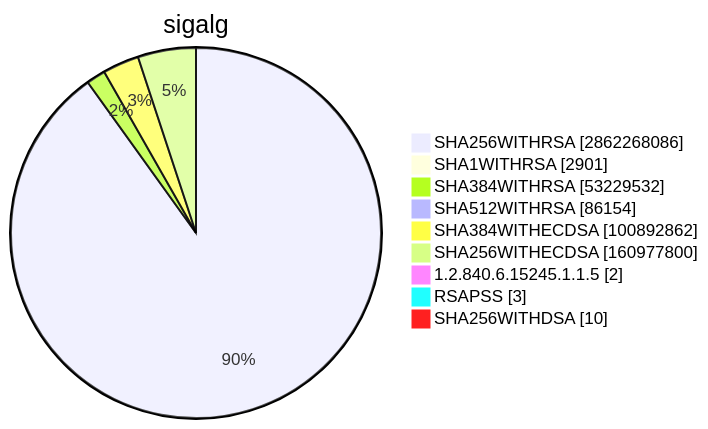
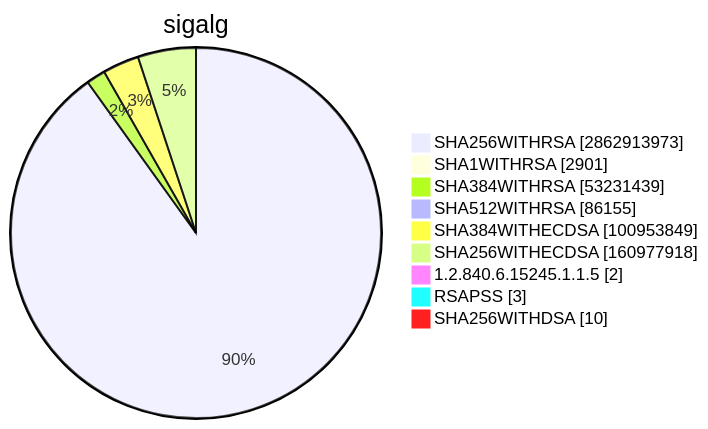
Before and after one commit to christiankrug/ctmonitor_visualization: diagram 15 of 15 in TOTAL/README.md, drawn with Mermaid. The commit also changed other lines of this file, not shown here.

````diff
--- a/TOTAL/README.md
+++ b/TOTAL/README.md
@@ -6207,13 +6207,13 @@
 ```mermaid
 pie showData
 title sigalg
-"SHA256WITHRSA" :2862268086
+"SHA256WITHRSA" :2862913973
 "SHA1WITHRSA" :2901
-"SHA384WITHRSA" :53229532
-"SHA512WITHRSA" :86154
-"SHA384WITHECDSA" :100892862
-"SHA256WITHECDSA" :160977800
+"SHA384WITHRSA" :53231439
+"SHA512WITHRSA" :86155
+"SHA384WITHECDSA" :100953849
+"SHA256WITHECDSA" :160977918
 "1.2.840.6.15245.1.1.5" :2
 "RSAPSS" :3
 "SHA256WITHDSA" :10
 ```
````
